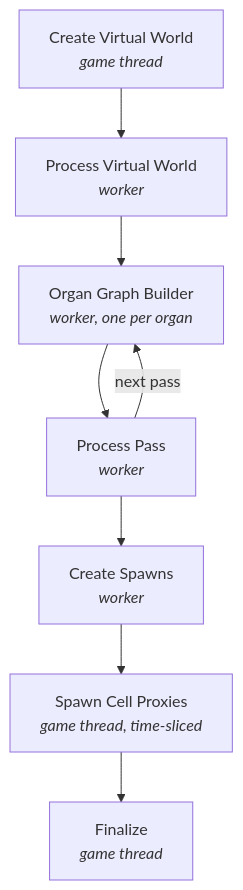
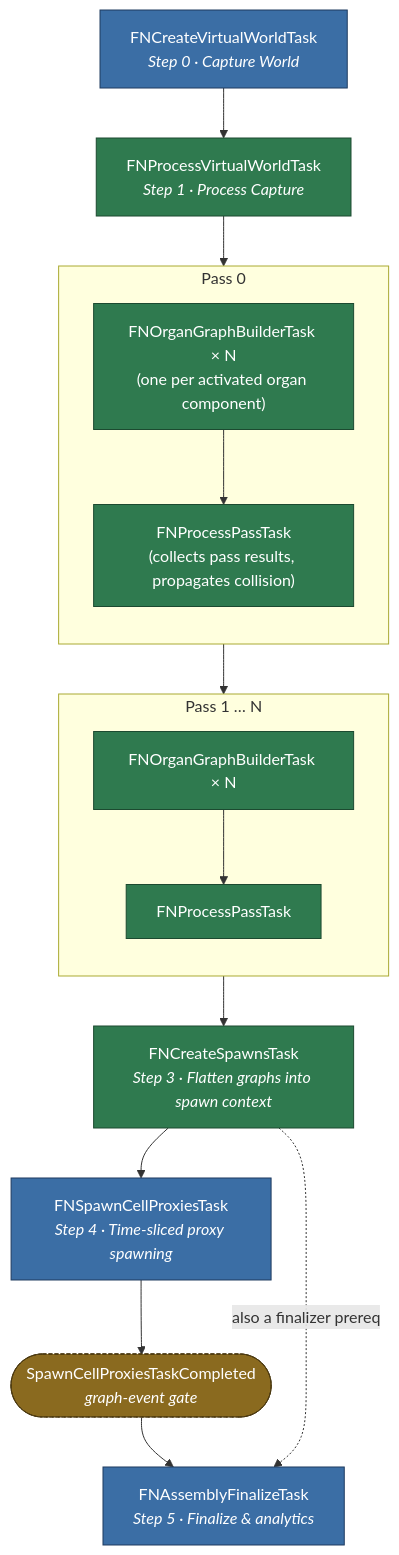
Before and after one commit to dotBunny/NEXUS.Docs: the diagram in docs/plugins/world-assembly/architecture/tasks.md, drawn with Mermaid. The commit also changed other lines of this file and 213 other files, not shown here.

````diff
--- a/docs/plugins/world-assembly/architecture/tasks.md
+++ b/docs/plugins/world-assembly/architecture/tasks.md
@@ -52,10 +54,37 @@
 ```mermaid
 flowchart TD
-    A[Create Virtual World<br/><i>game thread</i>] --> B[Process Virtual World<br/><i>worker</i>]
-    B --> C[Organ Graph Builder<br/><i>worker, one per organ</i>]
-    C --> D[Process Pass<br/><i>worker</i>]
-    D -->|next pass| C
-    D --> E[Create Spawns<br/><i>worker</i>]
-    E --> F[Spawn Cell Proxies<br/><i>game thread, time-sliced</i>]
-    F --> G[Finalize<br/><i>game thread</i>]
+  classDef gameThread fill:#3b6ea5,stroke:#1f3b5f,color:#fff
+  classDef anyThread  fill:#2f7a4f,stroke:#1c4a30,color:#fff
+  classDef gate       fill:#8a6a1f,stroke:#4a3810,color:#fff,stroke-dasharray: 4 2
+
+  CreateVW["FNCreateVirtualWorldTask<br/><i>Step 0 · Capture World</i>"]:::gameThread
+  ProcessVW["FNProcessVirtualWorldTask<br/><i>Step 1 · Process Capture</i>"]:::anyThread
+
+  subgraph Pass0["Pass 0"]
+    direction TB
+    Organ0["FNOrganGraphBuilderTask × N<br/>(one per activated organ component)"]:::anyThread
+    ProcPass0["FNProcessPassTask<br/>(collects pass results, propagates collision)"]:::anyThread
+    Organ0 --> ProcPass0
+  end
+
+  subgraph PassN["Pass 1 … N"]
+    direction TB
+    OrganN["FNOrganGraphBuilderTask × N"]:::anyThread
+    ProcPassN["FNProcessPassTask"]:::anyThread
+    OrganN --> ProcPassN
+  end
+
+  CreateSpawns["FNCreateSpawnsTask<br/><i>Step 3 · Flatten graphs into spawn context</i>"]:::anyThread
+  SpawnProxies["FNSpawnCellProxiesTask<br/><i>Step 4 · Time-sliced proxy spawning</i>"]:::gameThread
+  SpawnGate(["SpawnCellProxiesTaskCompleted<br/><i>graph-event gate</i>"]):::gate
+  Finalize["FNAssemblyFinalizeTask<br/><i>Step 5 · Finalize &amp; analytics</i>"]:::gameThread
+
+  CreateVW --> ProcessVW
+  ProcessVW --> Organ0
+  ProcPass0 --> OrganN
+  ProcPassN --> CreateSpawns
+  CreateSpawns --> SpawnProxies
+  SpawnProxies --> SpawnGate
+  SpawnGate --> Finalize
+  CreateSpawns -.->|also a finalizer prereq| Finalize
 ```
````
